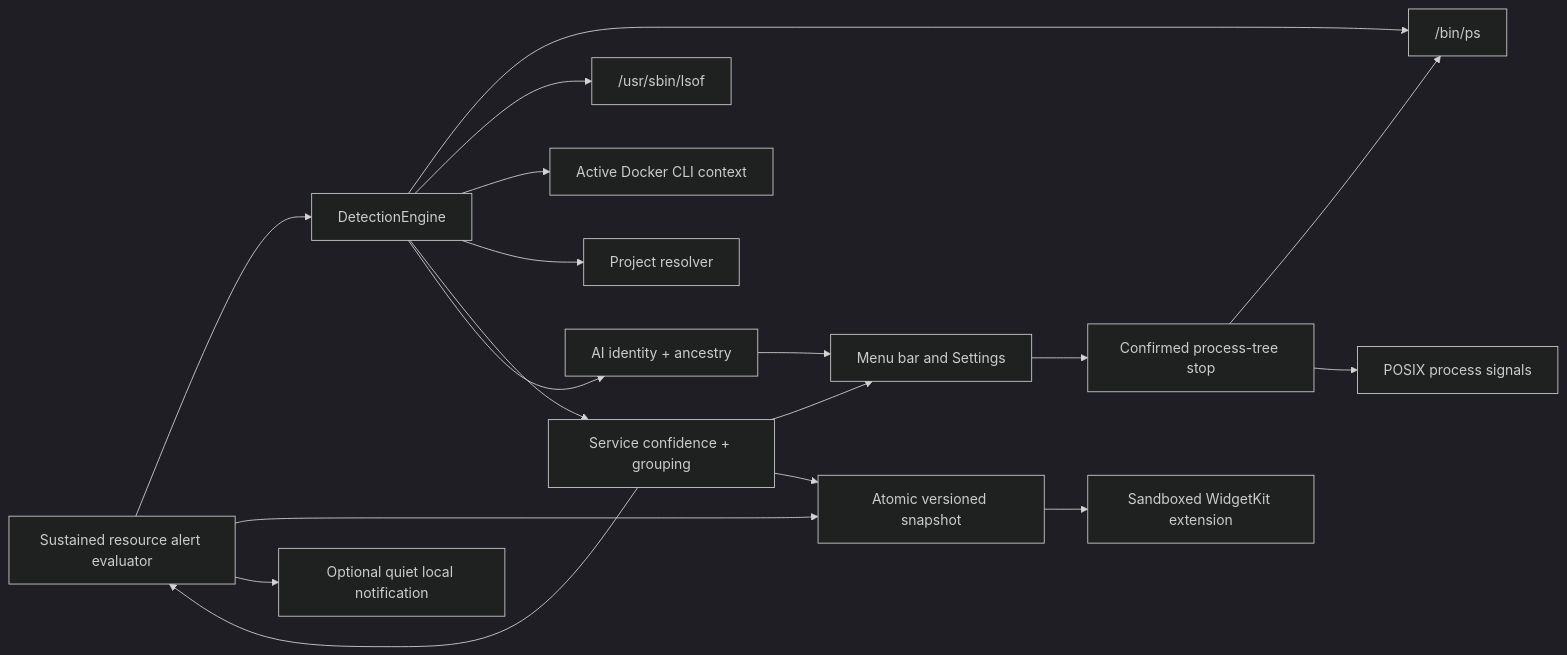
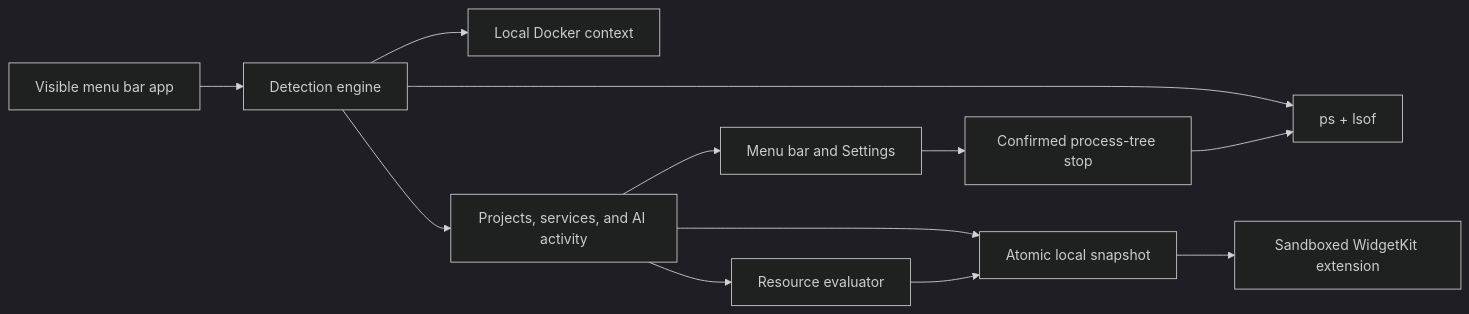
Before and after one commit to mi-aleks/watchio: the diagram in README.md, drawn with Mermaid (dark theme). The commit also changed other lines of this file and 6 other files, not shown here.

````diff
--- a/README.md
+++ b/README.md
@@ -171,20 +145,14 @@
 ```mermaid
 flowchart LR
-  A["Visible menu bar app"] --> E["DetectionEngine"]
-  E --> P["/bin/ps"]
-  E --> L["/usr/sbin/lsof"]
-  E --> D["Active Docker CLI context"]
-  E --> R["Project resolver"]
-  E --> S["Service confidence + grouping"]
-  E --> I["AI identity + ancestry"]
-  I --> M
-  S --> M["Menu bar and Settings"]
-  M --> C["Confirmed process-tree stop"]
-  C --> P
-  C --> K["POSIX process signals"]
-  S --> J["Atomic versioned snapshot"]
-  S --> A["Sustained resource alert evaluator"]
-  A --> J
-  A --> N["Optional quiet local notification"]
-  J --> W["Sandboxed WidgetKit extension"]
+  App["Visible menu bar app"] --> Scan["Detection engine"]
+  Scan --> OS["ps + lsof"]
+  Scan --> Docker["Local Docker context"]
+  Scan --> Classify["Projects, services, and AI activity"]
+  Classify --> UI["Menu bar and Settings"]
+  Classify --> Alerts["Resource evaluator"]
+  Classify --> Snapshot["Atomic local snapshot"]
+  Alerts --> Snapshot
+  Snapshot --> Widget["Sandboxed WidgetKit extension"]
+  UI --> Stop["Confirmed process-tree stop"]
+  Stop --> OS
 ```
````
